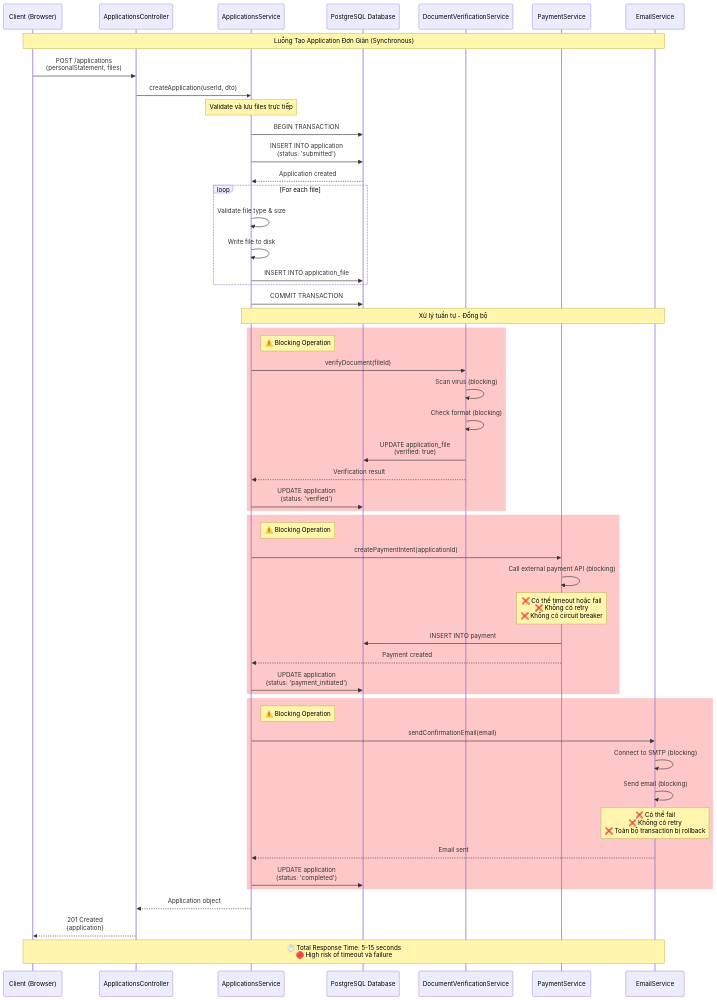
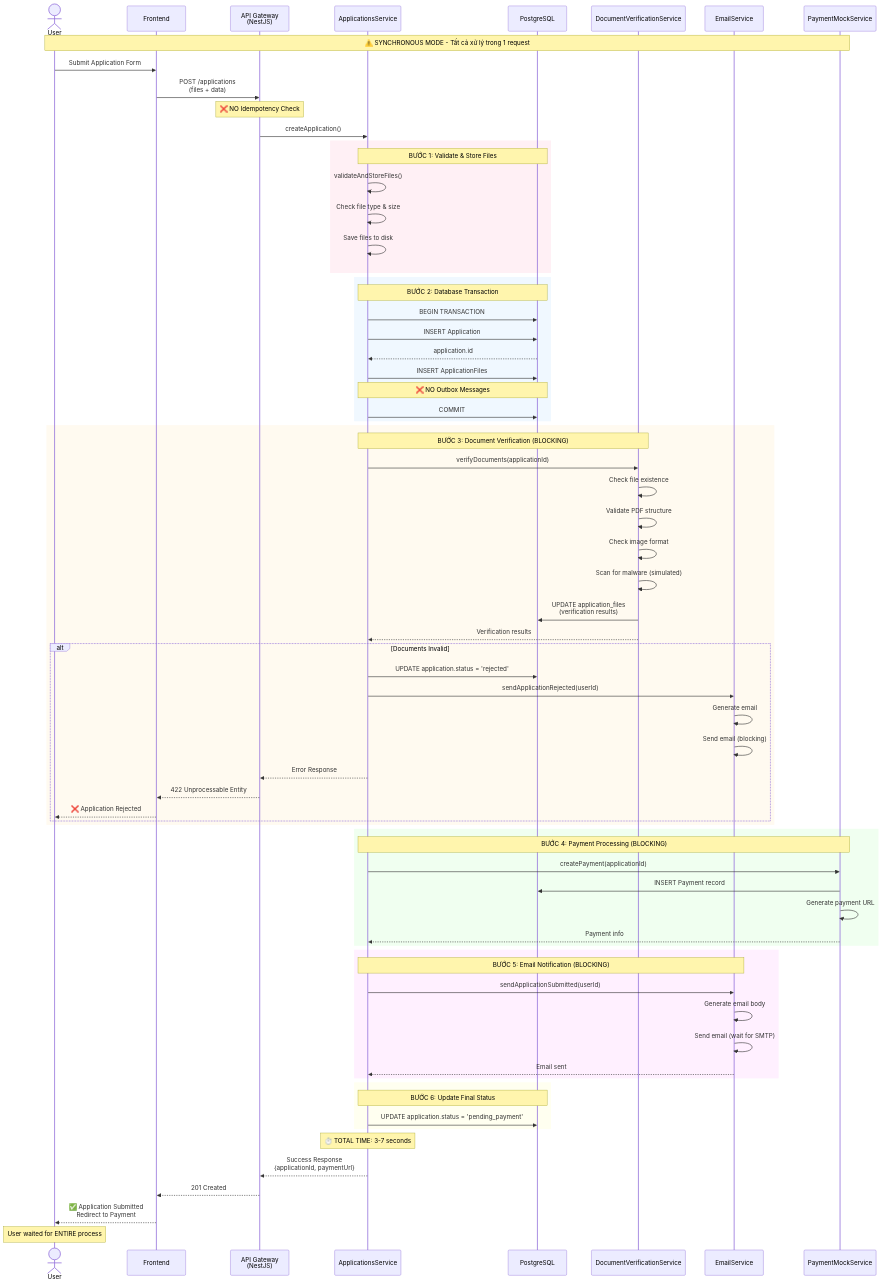
One commit to huytu0702/university_admission_portal changed the first of 3 diagrams in backend/docs/SYSTEM_FLOW_BEFORE_PATTERNS.md. Above: the diagram before and after it, drawn with Mermaid. The commit also changed other lines of this file and 4 other files, not shown here.

````diff
--- a/backend/docs/SYSTEM_FLOW_BEFORE_PATTERNS.md
+++ b/backend/docs/SYSTEM_FLOW_BEFORE_PATTERNS.md
@@ -13,66 +15,87 @@
 ```mermaid
 sequenceDiagram
-    participant Client as Client (Browser)
-    participant Controller as ApplicationsController
-    participant Service as ApplicationsService
-    participant DB as PostgreSQL Database
-    participant DocService as DocumentVerificationService
-    participant PayService as PaymentService
-    participant EmailService as EmailService
+    actor User
+    participant Frontend
+    participant API as API Gateway<br/>(NestJS)
+    participant AppService as ApplicationsService
+    participant DB as PostgreSQL
+    participant DocVerify as DocumentVerificationService
+    participant EmailService
+    participant PaymentService as PaymentMockService
+
+    Note over User,PaymentService: ⚠️ SYNCHRONOUS MODE - Tất cả xử lý trong 1 request
+
+    User->>Frontend: Submit Application Form
+    Frontend->>API: POST /applications<br/>(files + data)
     
-    Note over Client,EmailService: Luồng Tạo Application Đơn Giản (Synchronous)
+    Note over API: ❌ NO Idempotency Check
     
-    Client->>Controller: POST /applications<br/>(personalStatement, files)
-    Controller->>Service: createApplication(userId, dto)
+    API->>AppService: createApplication()
     
-    Note over Service: Validate và lưu files trực tiếp
-    Service->>DB: BEGIN TRANSACTION
-    
-    Service->>DB: INSERT INTO application<br/>(status: 'submitted')
-    DB-->>Service: Application created
-    
-    loop For each file
-        Service->>Service: Validate file type & size
-        Service->>Service: Write file to disk
-        Service->>DB: INSERT INTO application_file
+    rect rgb(255, 240, 245)
+        Note over AppService,DB: BƯỚC 1: Validate & Store Files
+        AppService->>AppService: validateAndStoreFiles()
+        AppService->>AppService: Check file type & size
+        AppService->>AppService: Save files to disk
     end
     
-    Service->>DB: COMMIT TRANSACTION
-    
-    Note over Service,EmailService: Xử lý tuần tự - Đồng bộ
-    
-    rect rgb(255, 200, 200)
-    Note right of Service: ⚠️ Blocking Operation #1
-    Service->>DocService: verifyDocument(fileId)
-    DocService->>DocService: Scan virus (blocking)
-    DocService->>DocService: Check format (blocking)
-    DocService->>DB: UPDATE application_file<br/>(verified: true)
-    DocService-->>Service: Verification result
-    Service->>DB: UPDATE application<br/>(status: 'verified')
+    rect rgb(240, 248, 255)
+        Note over AppService,DB: BƯỚC 2: Database Transaction
+        AppService->>DB: BEGIN TRANSACTION
+        AppService->>DB: INSERT Application
+        DB-->>AppService: application.id
+        AppService->>DB: INSERT ApplicationFiles
+        Note over AppService,DB: ❌ NO Outbox Messages
+        AppService->>DB: COMMIT
     end
     
-    rect rgb(255, 200, 200)
-    Note right of Service: ⚠️ Blocking Operation #2
-    Service->>PayService: createPaymentIntent(applicationId)
-    PayService->>PayService: Call external payment API (blocking)
-    Note over PayService: ❌ Có thể timeout hoặc fail<br/>❌ Không có retry<br/>❌ Không có circuit breaker
-    PayService->>DB: INSERT INTO payment
-    PayService-->>Service: Payment created
-    Service->>DB: UPDATE application<br/>(status: 'payment_initiated')
+    rect rgb(255, 250, 240)
+        Note over AppService,DocVerify: BƯỚC 3: Document Verification (BLOCKING)
+        AppService->>DocVerify: verifyDocuments(applicationId)
+        DocVerify->>DocVerify: Check file existence
+        DocVerify->>DocVerify: Validate PDF structure
+        DocVerify->>DocVerify: Check image format
+        DocVerify->>DocVerify: Scan for malware (simulated)
+        DocVerify->>DB: UPDATE application_files<br/>(verification results)
+        DocVerify-->>AppService: Verification results
+        
+        alt Documents Invalid
+            AppService->>DB: UPDATE application.status = 'rejected'
+            AppService->>EmailService: sendApplicationRejected(userId)
+            EmailService->>EmailService: Generate email
+            EmailService->>EmailService: Send email (blocking)
+            AppService-->>API: Error Response
+            API-->>Frontend: 422 Unprocessable Entity
+            Frontend-->>User: ❌ Application Rejected
+        end
     end
     
-    rect rgb(255, 200, 200)
-    Note right of Service: ⚠️ Blocking Operation #3
-    Service->>EmailService: sendConfirmationEmail(email)
-    EmailService->>EmailService: Connect to SMTP (blocking)
-    EmailService->>EmailService: Send email (blocking)
-    Note over EmailService: ❌ Có thể fail<br/>❌ Không có retry<br/>❌ Toàn bộ transaction bị rollback
-    EmailService-->>Service: Email sent
-    Service->>DB: UPDATE application<br/>(status: 'completed')
+    rect rgb(240, 255, 240)
+        Note over AppService,PaymentService: BƯỚC 4: Payment Processing (BLOCKING)
+        AppService->>PaymentService: createPayment(applicationId)
+        PaymentService->>DB: INSERT Payment record
+        PaymentService->>PaymentService: Generate payment URL
+        PaymentService-->>AppService: Payment info
     end
     
-    Service-->>Controller: Application object
-    Controller-->>Client: 201 Created<br/>{application}
+    rect rgb(255, 240, 255)
+        Note over AppService,EmailService: BƯỚC 5: Email Notification (BLOCKING)
+        AppService->>EmailService: sendApplicationSubmitted(userId)
+        EmailService->>EmailService: Generate email body
+        EmailService->>EmailService: Send email (wait for SMTP)
+        EmailService-->>AppService: Email sent
+    end
     
-    Note over Client,EmailService: ⏱️ Total Response Time: 5-15 seconds<br/>🔴 High risk of timeout và failure
+    rect rgb(255, 255, 240)
+        Note over AppService,DB: BƯỚC 6: Update Final Status
+        AppService->>DB: UPDATE application.status = 'pending_payment'
+    end
+    
+    Note over AppService: ⏱️ TOTAL TIME: 3-7 seconds
+    
+    AppService-->>API: Success Response<br/>{applicationId, paymentUrl}
+    API-->>Frontend: 201 Created
+    Frontend-->>User: ✅ Application Submitted<br/>Redirect to Payment
+    
+    Note over User: User waited for ENTIRE process
 ```
````
